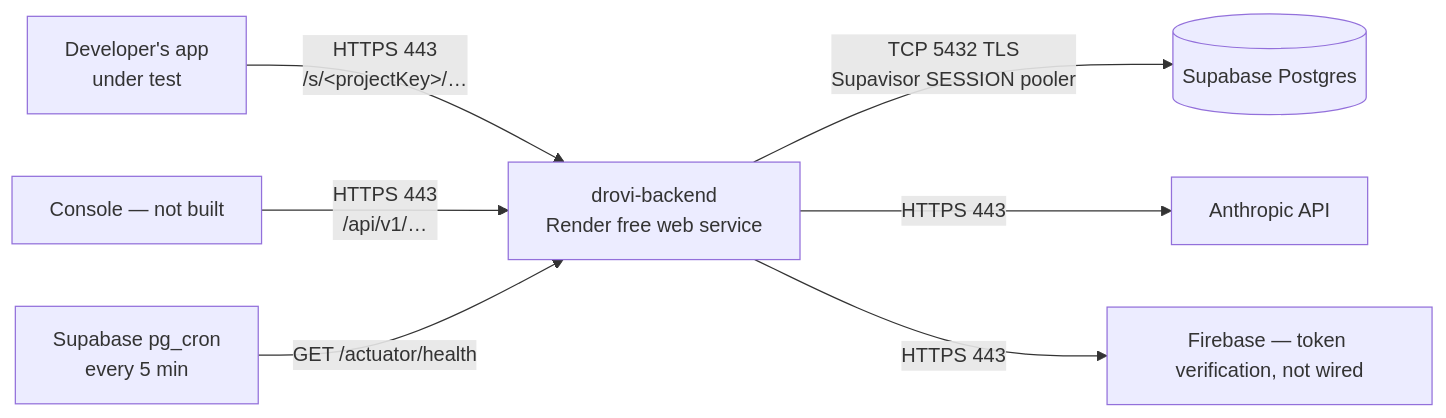
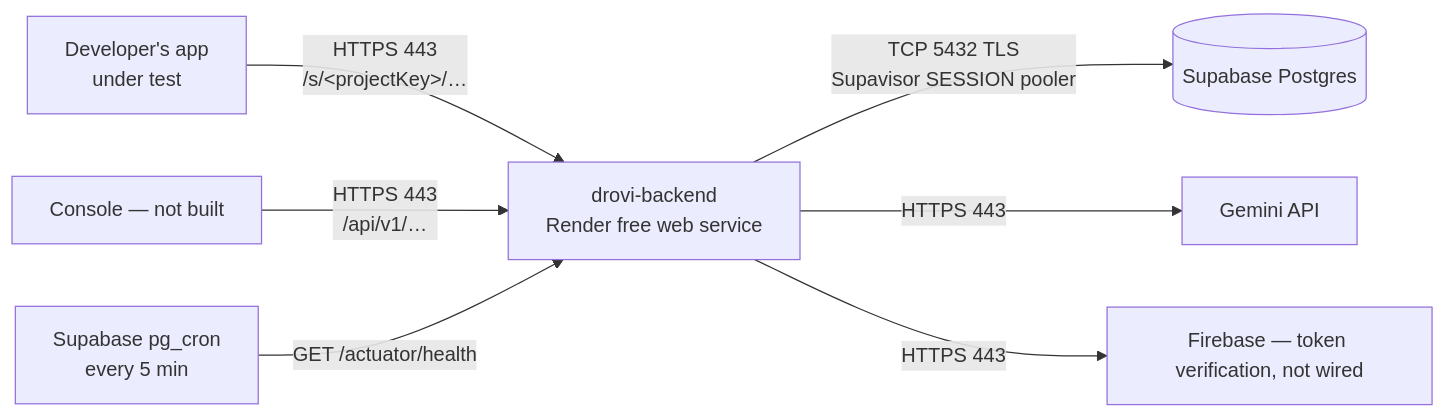
Before and after one commit to mudgalprashant/dev-ops: the diagram in docs/deployment.md, drawn with Mermaid. The commit also changed 8 other files, not shown here.

First line of the commit message:
ops: Google Gemini replaces Anthropic as the model provider

````diff
--- a/docs/deployment.md
+++ b/docs/deployment.md
@@ -15,9 +15,9 @@
 ```mermaid
 flowchart LR
     DEV[Developer's app<br/>under test] -->|HTTPS 443<br/>/s/&lt;projectKey&gt;/…| BE
     CONSOLE[Console — not built] -->|HTTPS 443<br/>/api/v1/…| BE
     BE[drovi-backend<br/>Render free web service] -->|TCP 5432 TLS<br/>Supavisor SESSION pooler| PG[(Supabase Postgres)]
-    BE -->|HTTPS 443| AI[Anthropic API]
+    BE -->|HTTPS 443| AI[Gemini API]
     BE -->|HTTPS 443| FB[Firebase — token verification, not wired]
     CRON[Supabase pg_cron<br/>every 5 min] -->|GET /actuator/health| BE
 ```
````
